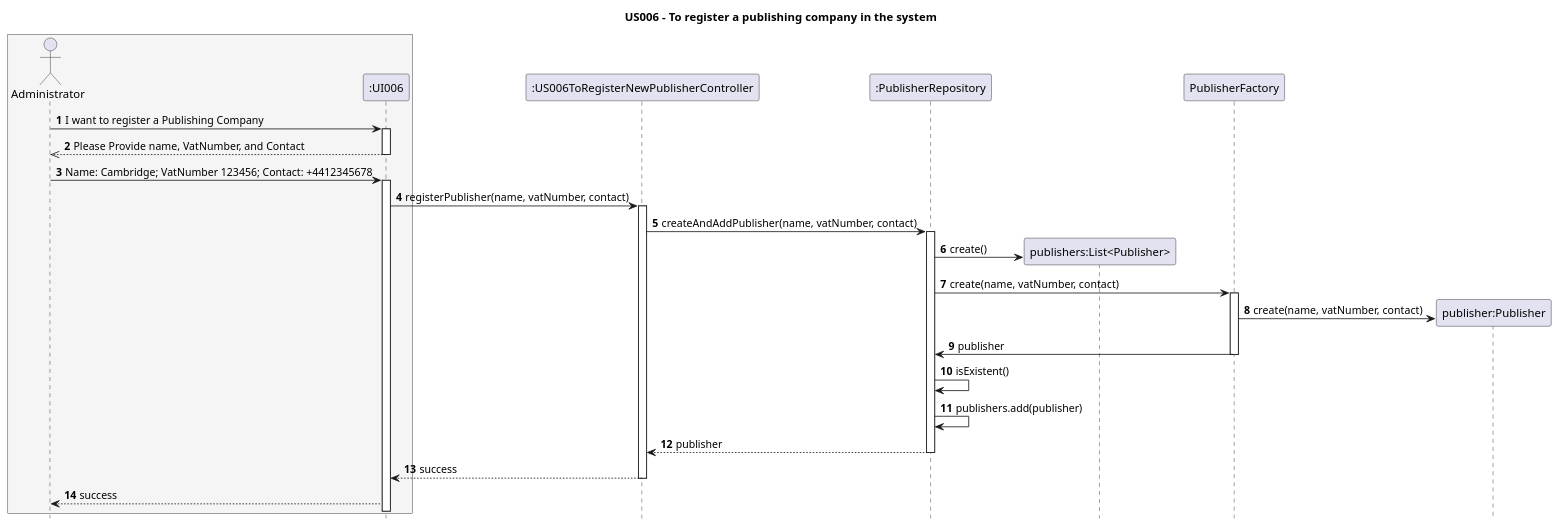
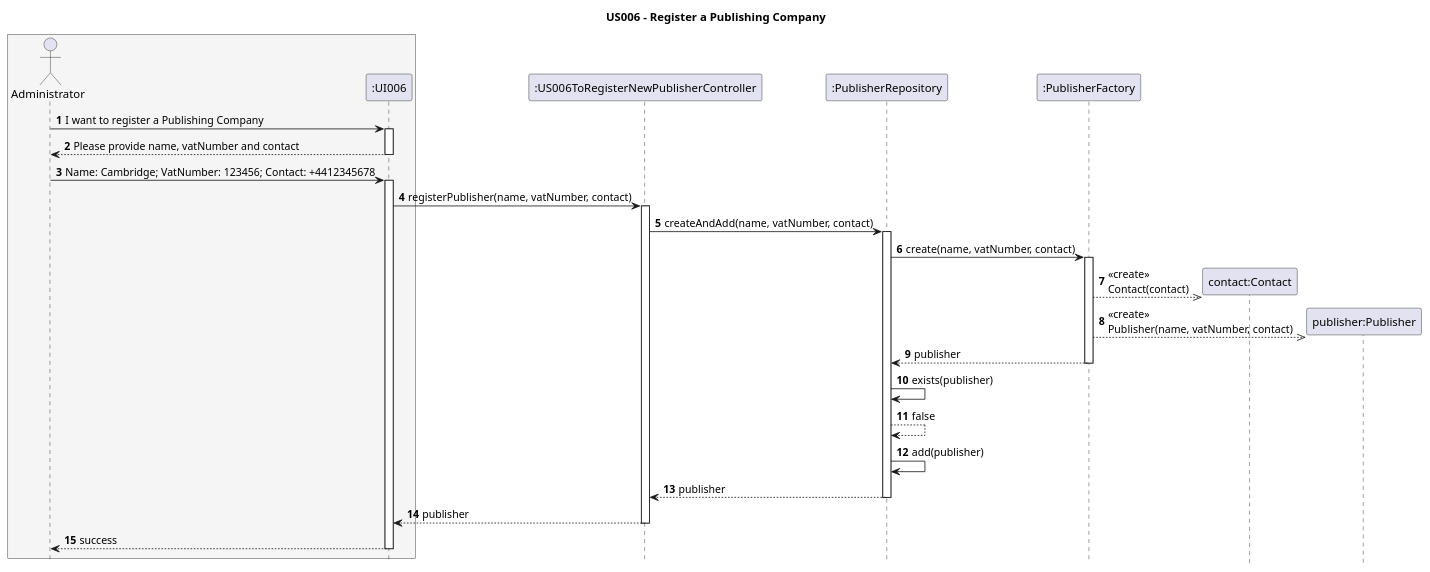
The diagram in Diagrams/SequenceDiagrams/N2/US006-to-register-a-publishing-company-in-the-system.puml (AndrePereiraGitH/SWitCH-Project-Team_A), drawn with PlantUML before and after one commit. The commit also changed 8 other files, not shown here.

```diff
--- a/Diagrams/SequenceDiagrams/N2/US006-to-register-a-publishing-company-in-the-system.puml
+++ b/Diagrams/SequenceDiagrams/N2/US006-to-register-a-publishing-company-in-the-system.puml
@@ -1,65 +1,46 @@
 @startuml
-
 hide footbox
 autonumber
-title US006 - To register a publishing company in the system
+title US006 - Register a Publishing Company
 
 box #WhiteSmoke
 actor Administrator
 participant ":UI006" as UI
 end box
-
-
-participant ":US006ToRegisterNewPublisherController" as RegisterPublisherController
-
-
-
+participant ":US006ToRegisterNewPublisherController" as Controller
 participant ":PublisherRepository" as PublisherRepository
-participant "publishers:List<Publisher>" as list
-participant "PublisherFactory" as factory
-participant "publisher:Publisher" as publisher
+participant ":PublisherFactory" as PublisherFactory
+participant "contact:Contact" as Contact
+participant "publisher:Publisher" as Publisher
 
 Administrator -> UI : I want to register a Publishing Company
-
 activate UI
-UI -->> Administrator : Please Provide name, VatNumber, and Contact
-
+UI --> Administrator : Please provide name, vatNumber and contact
 deactivate UI
 
-Administrator -> UI : Name: Cambridge; VatNumber 123456; Contact: +4412345678
+Administrator -> UI : Name: Cambridge; VatNumber: 123456; Contact: +4412345678
+activate UI
+UI -> Controller : registerPublisher(name, vatNumber, contact)
+activate Controller
 
-activate UI
-
-UI -> RegisterPublisherController : registerPublisher(name, vatNumber, contact)
-activate RegisterPublisherController
-
-RegisterPublisherController -> PublisherRepository : createAndAddPublisher(name, vatNumber, contact)
-
+Controller -> PublisherRepository : createAndAdd(name, vatNumber, contact)
 activate PublisherRepository
 
-PublisherRepository -> list **: create()
-PublisherRepository -> factory: create(name, vatNumber, contact)
+PublisherRepository -> PublisherFactory : create(name, vatNumber, contact)
+activate PublisherFactory
+PublisherFactory -->> Contact ** : <<create>>\nContact(contact)
+PublisherFactory -->> Publisher ** : <<create>>\nPublisher(name, vatNumber, contact)
+PublisherFactory --> PublisherRepository : publisher
+deactivate PublisherFactory
 
-
-activate factory
-
-factory -> publisher ** : create(name, vatNumber, contact)
-
-factory -> PublisherRepository: publisher
-
-deactivate factory
-
-PublisherRepository -> PublisherRepository : isExistent()
-PublisherRepository -> PublisherRepository: publishers.add(publisher)
-
-PublisherRepository --> RegisterPublisherController : publisher
+PublisherRepository -> PublisherRepository : exists(publisher)
+PublisherRepository --> PublisherRepository : false
+PublisherRepository -> PublisherRepository : add(publisher)
+PublisherRepository --> Controller : publisher
 deactivate PublisherRepository
 
-RegisterPublisherController --> UI : success
-deactivate RegisterPublisherController
-
+Controller --> UI : publisher
+deactivate Controller
 UI --> Administrator : success
-
-
-
+deactivate UI
 @enduml
```
